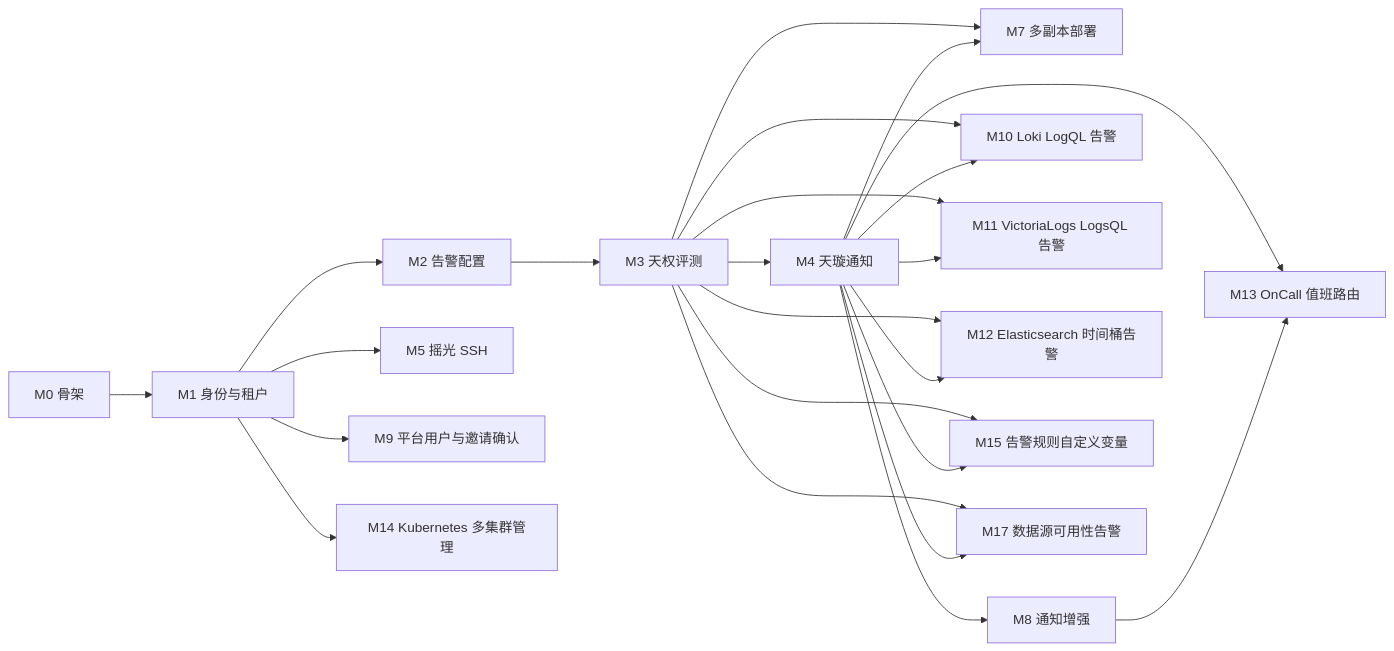
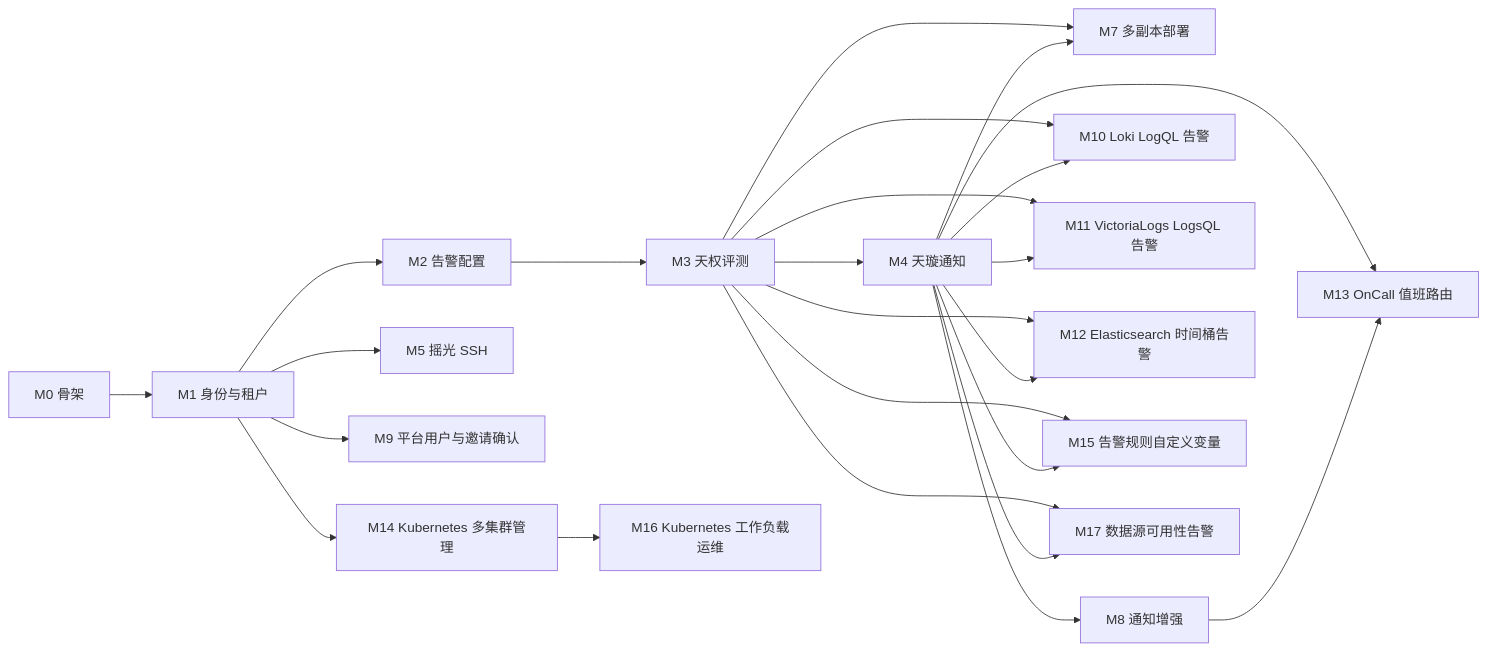
Before and after one commit to aide-family/moon: the diagram in docs/roadmap.md, drawn with Mermaid. The commit also changed other lines of this file and 35 other files, not shown here.

````diff
--- a/docs/roadmap.md
+++ b/docs/roadmap.md
@@ -42,38 +43,40 @@
 ```mermaid
 flowchart LR
   m0[M0 骨架]
   m1[M1 身份与租户]
   m2[M2 告警配置]
   m3[M3 天权评测]
   m4[M4 天璇通知]
   m5[M5 摇光 SSH]
   m7[M7 多副本部署]
   m8[M8 通知增强]
   m9[M9 平台用户与邀请确认]
   m10[M10 Loki LogQL 告警]
   m11[M11 VictoriaLogs LogsQL 告警]
   m12[M12 Elasticsearch 时间桶告警]
   m13[M13 OnCall 值班路由]
   m14[M14 Kubernetes 多集群管理]
   m15[M15 告警规则自定义变量]
+  m16[M16 Kubernetes 工作负载运维]
   m17[M17 数据源可用性告警]
   m0 --> m1 --> m2 --> m3 --> m4
   m1 --> m5
   m1 --> m9
   m1 --> m14
+  m14 --> m16
   m3 --> m7
   m4 --> m7
   m4 --> m8
   m3 --> m10
   m4 --> m10
   m3 --> m11
   m4 --> m11
   m3 --> m12
   m4 --> m12
   m4 --> m13
   m8 --> m13
   m3 --> m15
   m4 --> m15
   m3 --> m17
   m4 --> m17
 ```
````
